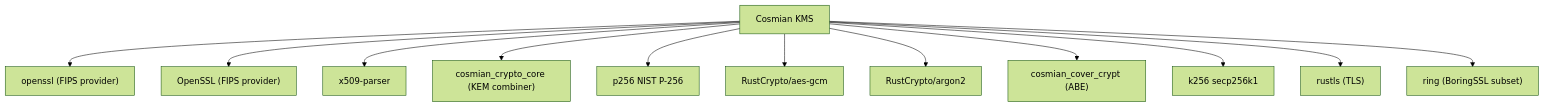
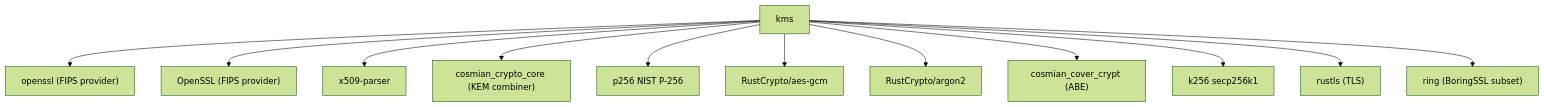
One commit to Cosmian/kms changed the third of 5 diagrams in documentation/docs/certifications_and_compliance/audit/crypto_inventory.md. Above: the diagram before and after it, drawn with Mermaid (forest theme). The commit also changed other lines of this file and 349 other files, not shown here.

Commit message:
chore: rename cosmian_logger to cosmian_kms_logger

````diff
--- a/documentation/docs/certifications_and_compliance/audit/crypto_inventory.md
+++ b/documentation/docs/certifications_and_compliance/audit/crypto_inventory.md
@@ -140,15 +140,15 @@
     ```mermaid
     flowchart TD
-        COSMIAN_KMS["Cosmian KMS"]
-        COSMIAN_KMS --> OPENSSL__FIPS_PROVIDER_["openssl (FIPS provider)"]
-        COSMIAN_KMS --> OPENSSL["OpenSSL (FIPS provider)"]
-        COSMIAN_KMS --> X509_PARSER["x509-parser"]
-        COSMIAN_KMS --> COSMIAN_CRYPTO_CORE["cosmian_crypto_core (KEM combiner)"]
-        COSMIAN_KMS --> P256["p256 NIST P-256"]
-        COSMIAN_KMS --> AES_GCM["RustCrypto/aes-gcm"]
-        COSMIAN_KMS --> ARGON2["RustCrypto/argon2"]
-        COSMIAN_KMS --> COSMIAN_COVER_CRYPT["cosmian_cover_crypt (ABE)"]
-        COSMIAN_KMS --> K256["k256 secp256k1"]
-        COSMIAN_KMS --> RUSTLS["rustls (TLS)"]
-        COSMIAN_KMS --> RING["ring (BoringSSL subset)"]
+        KMS["kms"]
+        KMS --> OPENSSL__FIPS_PROVIDER_["openssl (FIPS provider)"]
+        KMS --> OPENSSL["OpenSSL (FIPS provider)"]
+        KMS --> X509_PARSER["x509-parser"]
+        KMS --> COSMIAN_CRYPTO_CORE["cosmian_crypto_core (KEM combiner)"]
+        KMS --> P256["p256 NIST P-256"]
+        KMS --> AES_GCM["RustCrypto/aes-gcm"]
+        KMS --> ARGON2["RustCrypto/argon2"]
+        KMS --> COSMIAN_COVER_CRYPT["cosmian_cover_crypt (ABE)"]
+        KMS --> K256["k256 secp256k1"]
+        KMS --> RUSTLS["rustls (TLS)"]
+        KMS --> RING["ring (BoringSSL subset)"]
     ```
````
